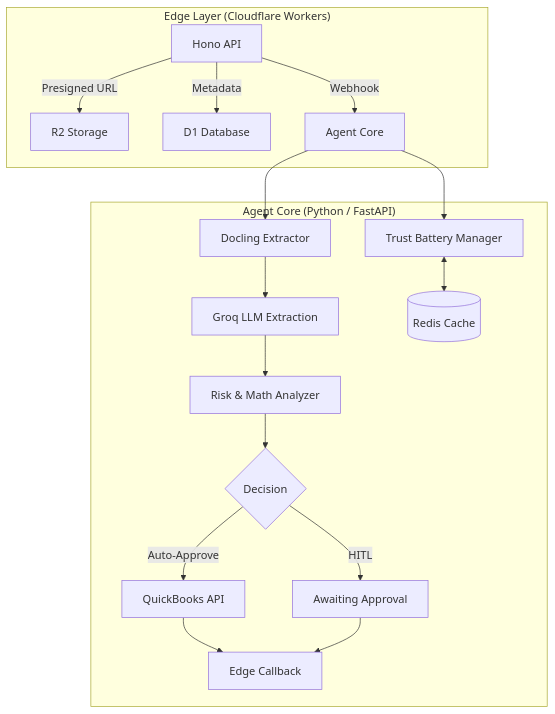
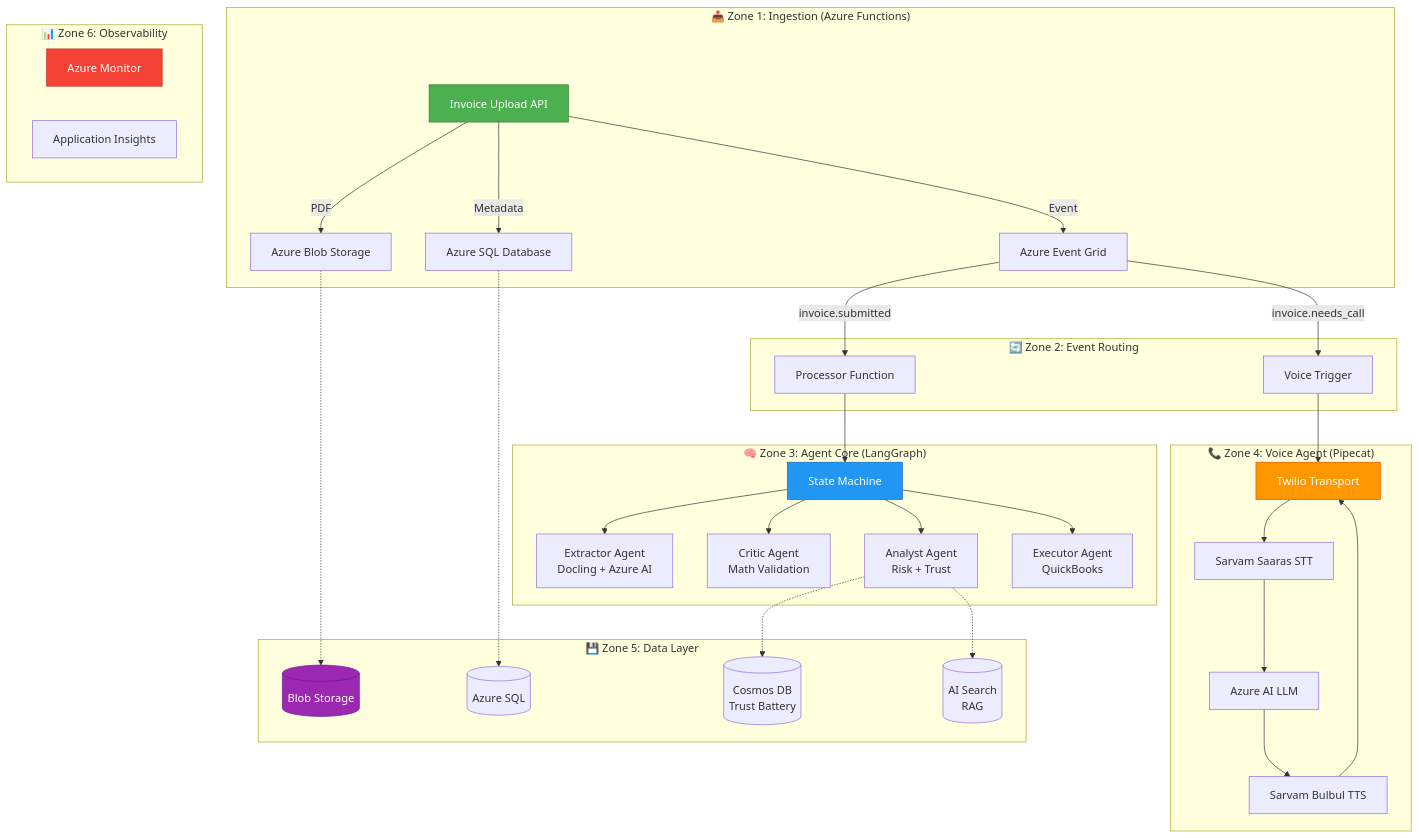
The first of 3 diagrams in README.md (Aparnap2/invoicify), drawn with Mermaid before and after one commit. The commit also changed other lines of this file and 1 other file, not shown here.

First line of the commit message:
docs: Update PRD and README with detailed Mermaid diagrams

````diff
--- a/README.md
+++ b/README.md
@@ -15,21 +24,47 @@
 ```mermaid
-graph TD
-    subgraph "Edge Layer (Cloudflare Workers)"
-        A[Hono API] -->|Presigned URL| B[R2 Storage]
-        A -->|Metadata| C[D1 Database]
-        A -->|Webhook| D[Agent Core]
+flowchart TB
+    subgraph "📤 Zone 1: Ingestion (Azure Functions)"
+        A[Invoice Upload API] -->|PDF| B[Azure Blob Storage]
+        A -->|Metadata| C[Azure SQL Database]
+        A -->|Event| D[Azure Event Grid]
     end
-
-    subgraph "Agent Core (Python / FastAPI)"
-        D --> E[Docling Extractor]
-        D --> F[Trust Battery Manager]
-        E --> G[Groq LLM Extraction]
-        F <--> H[(Redis Cache)]
-        G --> I[Risk & Math Analyzer]
-        I --> J{Decision}
-        J -->|Auto-Approve| K[QuickBooks API]
-        J -->|HITL| L[Awaiting Approval]
-        K --> M[Edge Callback]
-        L --> M
+    
+    subgraph "🔄 Zone 2: Event Routing"
+        D -->|invoice.submitted| E[Processor Function]
+        D -->|invoice.needs_call| F[Voice Trigger]
     end
+    
+    subgraph "🧠 Zone 3: Agent Core (LangGraph)"
+        E --> G[State Machine]
+        G --> H[Extractor Agent<br/>Docling + Azure AI]
+        G --> I[Critic Agent<br/>Math Validation]
+        G --> J[Analyst Agent<br/>Risk + Trust]
+        G --> K[Executor Agent<br/>QuickBooks]
+    end
+    
+    subgraph "📞 Zone 4: Voice Agent (Pipecat)"
+        F --> L[Twilio Transport]
+        L --> M[Sarvam Saaras STT]
+        M --> N[Azure AI LLM]
+        N --> O[Sarvam Bulbul TTS]
+        O --> L
+    end
+    
+    subgraph "💾 Zone 5: Data Layer"
+        B -.-> R[(Blob Storage)]
+        C -.-> S[(Azure SQL)]
+        J -.-> T[(Cosmos DB<br/>Trust Battery)]
+        J -.-> U[(AI Search<br/>RAG)]
+    end
+    
+    subgraph "📊 Zone 6: Observability"
+        V[Azure Monitor]
+        W[Application Insights]
+    end
+    
+    style A fill:#4CAF50,stroke:#2E7D32,color:#fff
+    style G fill:#2196F3,stroke:#1565C0,color:#fff
+    style L fill:#FF9800,stroke:#E65100,color:#fff
+    style R fill:#9C27B0,stroke:#6A1B9A,color:#fff
+    style V fill:#F44336,stroke:#C62828,color:#fff
 ```
````
